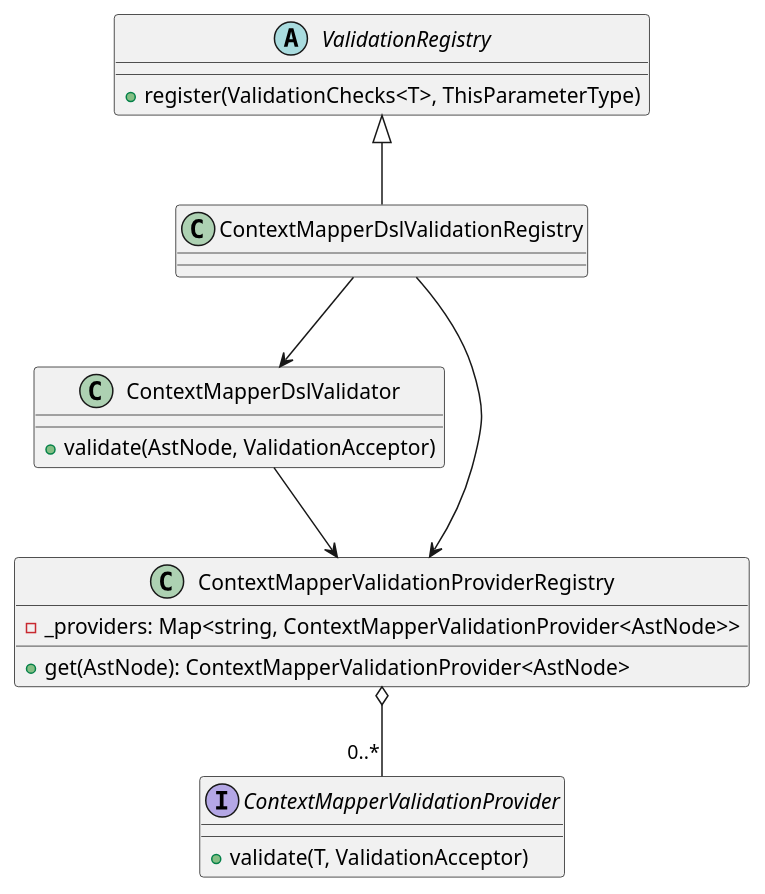
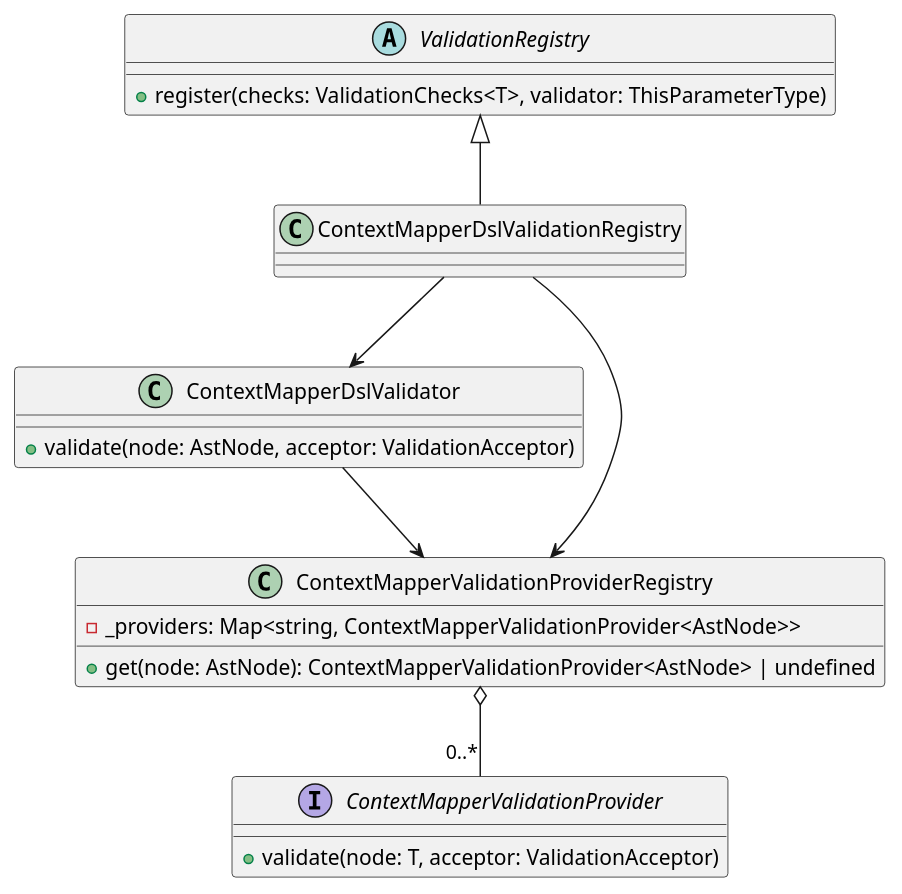
Before and after one commit to ContextMapper/context-mapper-language-server: the diagram in docs/class_semantic_validation.puml, drawn with PlantUML. The commit also changed 3 other files, not shown here.

Commit message:
update class diagrams

```diff
--- a/docs/class_semantic_validation.puml
+++ b/docs/class_semantic_validation.puml
@@ -1,27 +1,27 @@
 @startuml
 abstract class ValidationRegistry {
-+ register(ValidationChecks<T>, ThisParameterType)
++ register(checks: ValidationChecks<T>, validator: ThisParameterType)
 }
 
 class ContextMapperDslValidationRegistry {
 }
 
 class ContextMapperDslValidator {
-+ validate(AstNode, ValidationAcceptor)
++ validate(node: AstNode, acceptor: ValidationAcceptor)
 }
 
 class ContextMapperValidationProviderRegistry {
 - _providers: Map<string, ContextMapperValidationProvider<AstNode>>
-+ get(AstNode): ContextMapperValidationProvider<AstNode>
++ get(node: AstNode): ContextMapperValidationProvider<AstNode> | undefined
 }
 
 interface ContextMapperValidationProvider {
-+ validate(T, ValidationAcceptor)
++ validate(node: T, acceptor: ValidationAcceptor)
 }
 
 ValidationRegistry <|-- ContextMapperDslValidationRegistry
 ContextMapperDslValidationRegistry --> ContextMapperDslValidator
 ContextMapperDslValidationRegistry --> ContextMapperValidationProviderRegistry
 ContextMapperDslValidator --> ContextMapperValidationProviderRegistry
 ContextMapperValidationProviderRegistry o-- "0..*" ContextMapperValidationProvider
 @enduml
```
